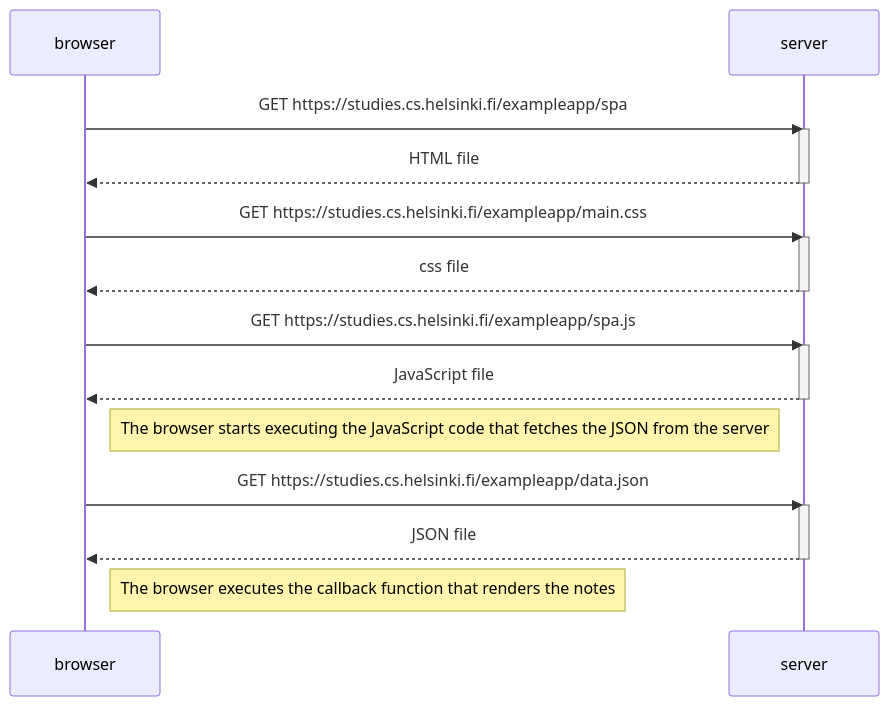
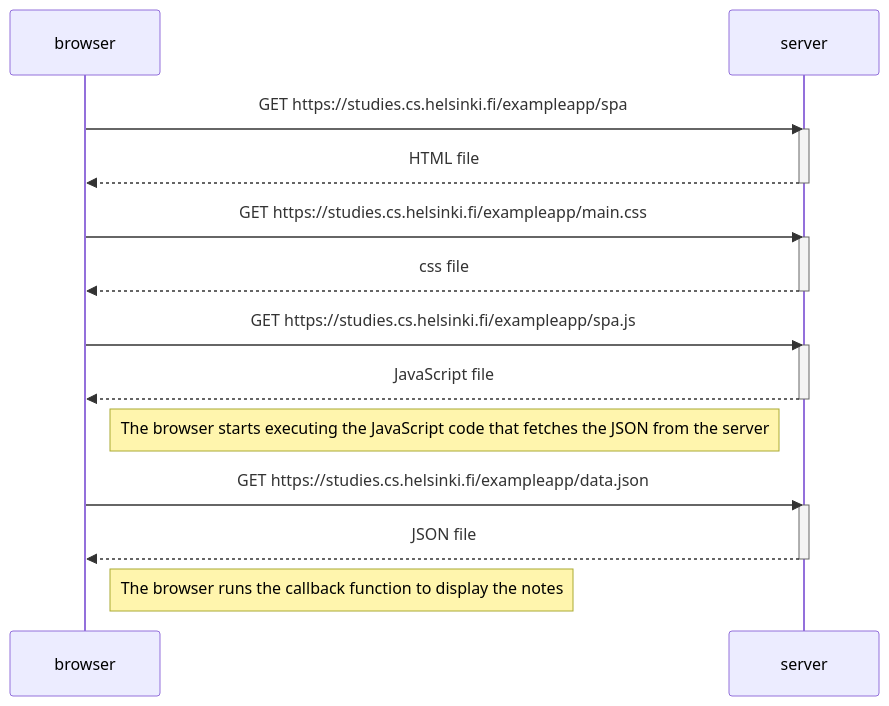
The diagram in 0.5_diagram_app_single_page.md (quimsans1/part0), drawn with Mermaid before and after one commit.

````diff
--- a/0.5_diagram_app_single_page.md
+++ b/0.5_diagram_app_single_page.md
@@ -1,29 +1,29 @@
 ```mermaid
 sequenceDiagram
 participant browser
 participant server
 
     browser->>server: GET https://studies.cs.helsinki.fi/exampleapp/spa
     activate server
     server-->>browser: HTML file
     deactivate server
 
     browser->>server: GET https://studies.cs.helsinki.fi/exampleapp/main.css
     activate server
     server-->>browser: css file
     deactivate server
 
     browser->>server: GET https://studies.cs.helsinki.fi/exampleapp/spa.js
     activate server
     server-->>browser: JavaScript file
     deactivate server
 
     Note right of browser: The browser starts executing the JavaScript code that fetches the JSON from the server
 
     browser->>server: GET https://studies.cs.helsinki.fi/exampleapp/data.json
     activate server
     server-->>browser: JSON file
     deactivate server
 
-    Note right of browser: The browser executes the callback function that renders the notes
+    Note right of browser: The browser runs the callback function to display the notes
 ```
````
